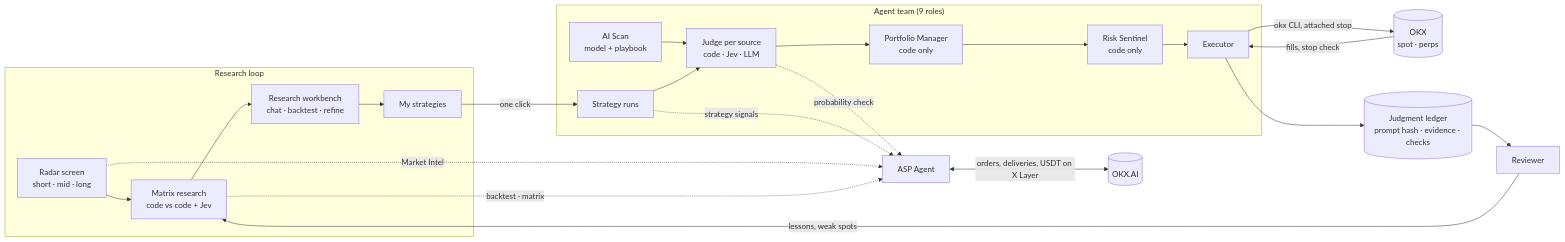
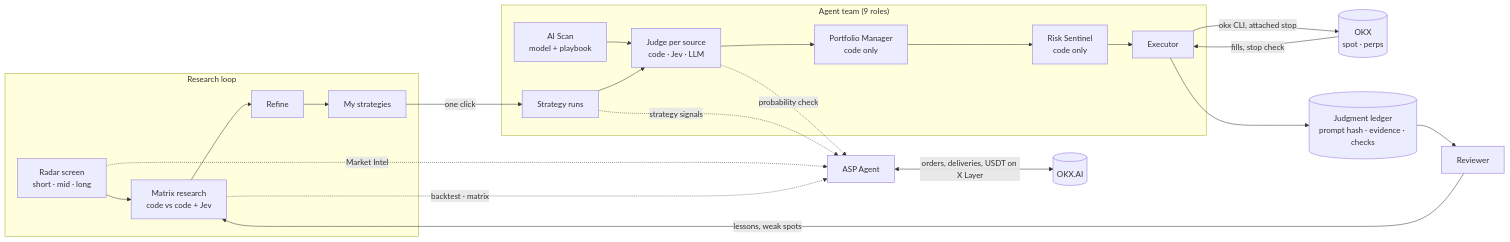
One commit to 67ss67s/trading-swarm-app changed the diagram in README.md. Above: the diagram before and after it, drawn with Mermaid. The commit also changed other lines of this file and 968 other files, not shown here.

Commit message:
Sync with latest: trading page, OKX.AI services, research workbench, English by default

````diff
--- a/README.md
+++ b/README.md
@@ -25,32 +25,32 @@
 ```mermaid
 flowchart LR
   subgraph Research["Research loop"]
     R1[Radar screen<br/>short · mid · long] --> R2[Matrix research<br/>code vs code + Jev]
-    R2 --> R3[Research workbench<br/>chat · backtest · refine]
+    R2 --> R3[Refine]
     R3 --> R4[My strategies]
   end
 
   subgraph Team["Agent team (9 roles)"]
     S1[AI Scan<br/>model + playbook]
     S2[Strategy runs]
     J[Judge per source<br/>code · Jev · LLM]
     PM[Portfolio Manager<br/>code only]
     RS[Risk Sentinel<br/>code only]
     EX[Executor]
   end
 
   R4 -->|one click| S2
   S1 --> J
   S2 --> J
   J --> PM --> RS --> EX
   EX -->|okx CLI, attached stop| OKX[(OKX<br/>spot · perps)]
   OKX -->|fills, stop check| EX
   EX --> L[(Judgment ledger<br/>prompt hash · evidence · checks)]
   L --> RV[Reviewer] -->|lessons, weak spots| R2
 
   R1 -. Market Intel .-> ASP[ASP Agent]
   R2 -. backtest · matrix .-> ASP
   J -. probability check .-> ASP
   S2 -. strategy signals .-> ASP
   ASP <-->|orders, deliveries, USDT on X Layer| OKXAI[(OKX.AI)]
 ```
````
